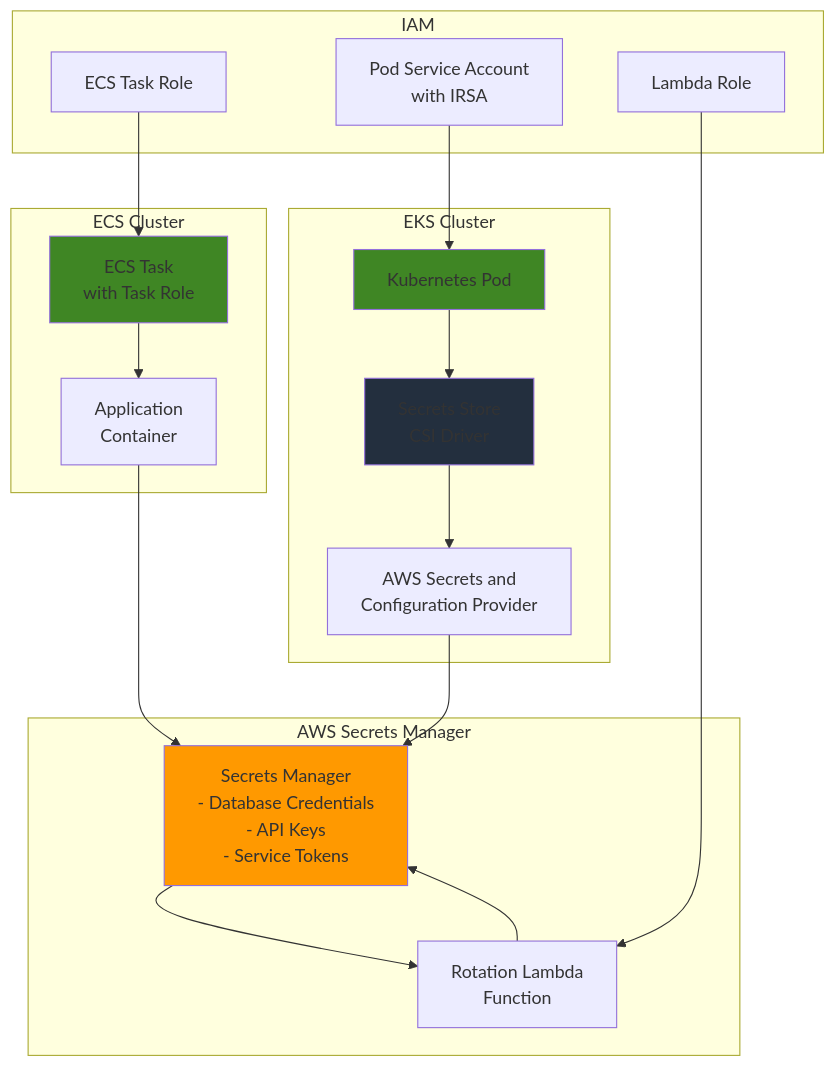
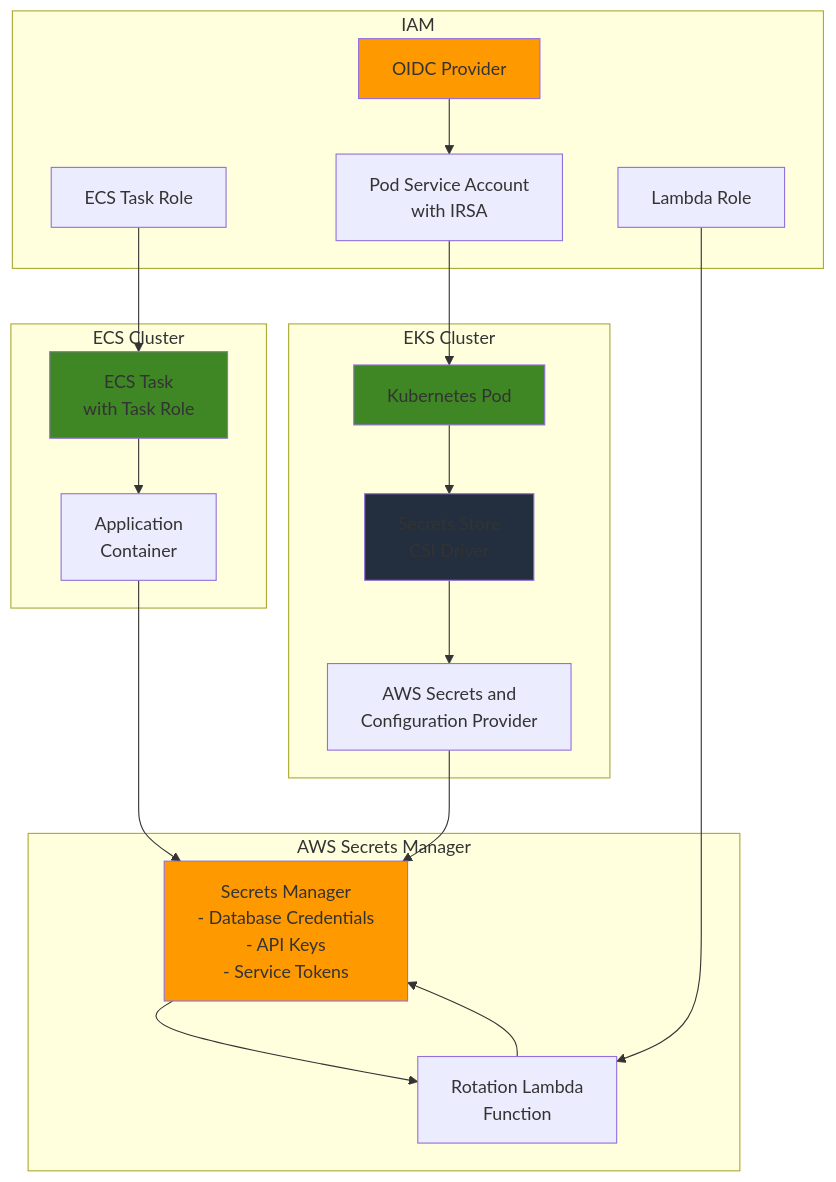
Before and after one commit to mzazon/awesome-cloud-projects: the diagram in aws/container-secrets-management/container-secrets-management.md, drawn with Mermaid. The commit also changed other lines of this file and 5581 other files, not shown here.

````diff
--- a/aws/container-secrets-management/container-secrets-management.md
+++ b/aws/container-secrets-management/container-secrets-management.md
@@ -30,43 +30,46 @@
 ```mermaid
 graph TB
     subgraph "AWS Secrets Manager"
         SM[Secrets Manager<br/>- Database Credentials<br/>- API Keys<br/>- Service Tokens]
         ROT[Rotation Lambda<br/>Function]
     end
     
     subgraph "ECS Cluster"
         ECS_TASK[ECS Task<br/>with Task Role]
         ECS_CONT[Application<br/>Container]
     end
     
     subgraph "EKS Cluster"
         EKS_POD[Kubernetes Pod]
         CSI[Secrets Store<br/>CSI Driver]
         ASCP[AWS Secrets and<br/>Configuration Provider]
     end
     
     subgraph "IAM"
         TASK_ROLE[ECS Task Role]
         POD_ROLE[Pod Service Account<br/>with IRSA]
         LAMBDA_ROLE[Lambda Role]
+        OIDC[OIDC Provider]
     end
     
     SM --> ROT
     ROT --> SM
     
     ECS_TASK --> ECS_CONT
     ECS_CONT --> SM
     TASK_ROLE --> ECS_TASK
     
     EKS_POD --> CSI
     CSI --> ASCP
     ASCP --> SM
     POD_ROLE --> EKS_POD
+    OIDC --> POD_ROLE
     
     LAMBDA_ROLE --> ROT
     
     style SM fill:#FF9900
     style ECS_TASK fill:#3F8624
     style EKS_POD fill:#3F8624
     style CSI fill:#232F3E
+    style OIDC fill:#FF9900
 ```
````
